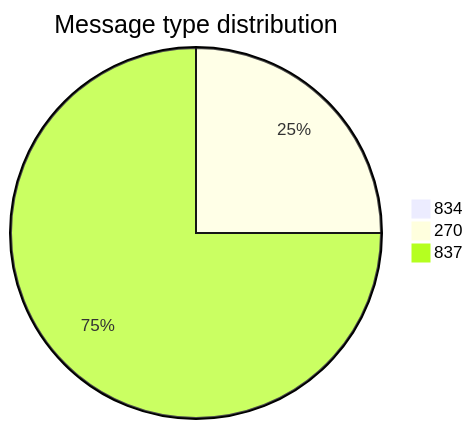
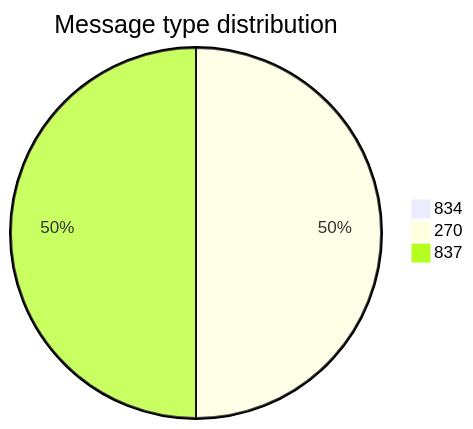
Before and after one commit to dhagan-va/intern-2025: the first of 10 diagrams in test-tools/DataGen/src/Statistics_Visualizer.md, drawn with Mermaid. The commit also changed other lines of this file and 1 other file, not shown here.

````diff
--- a/test-tools/DataGen/src/Statistics_Visualizer.md
+++ b/test-tools/DataGen/src/Statistics_Visualizer.md
@@ -18,6 +18,6 @@
 ```mermaid
 pie title Message type distribution
     "834" : 0
     "270" : 100
-    "837" : 300
+    "837" : 100
 ```
````
